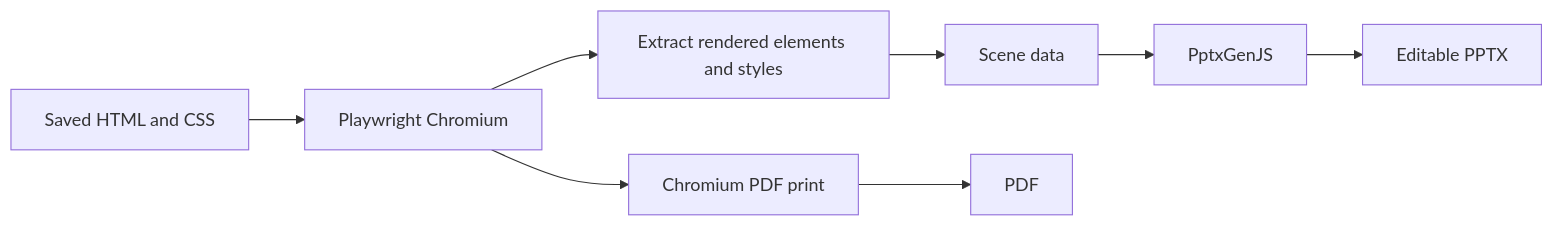
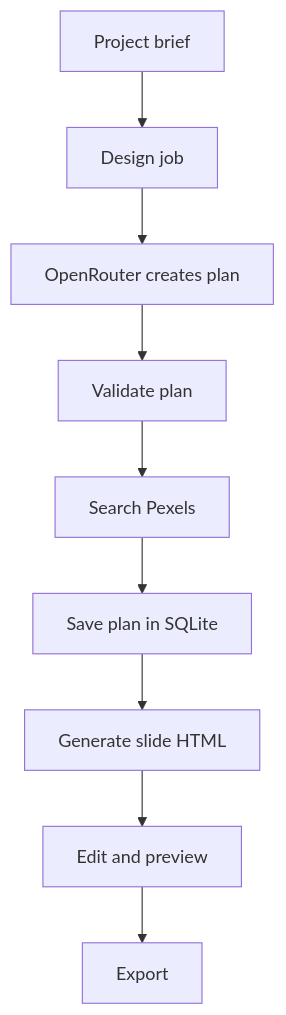
The diagram in docs/setup-and-architecture.md (Dhanush-S-Gowda/loomvra), drawn with Mermaid before and after one commit. The commit also changed other lines of this file and 5 other files, not shown here.

````diff
--- a/docs/setup-and-architecture.md
+++ b/docs/setup-and-architecture.md
@@ -111,10 +54,11 @@
 ```mermaid
-flowchart LR
-    A[Saved HTML and CSS] --> B[Playwright Chromium]
-    B --> C[Extract rendered elements and styles]
-    C --> D[Scene data]
-    D --> E[PptxGenJS]
-    E --> F[Editable PPTX]
-    B --> G[Chromium PDF print]
-    G --> H[PDF]
+flowchart TD
+    A[Project brief] --> B[Design job]
+    B --> C[OpenRouter creates plan]
+    C --> D[Validate plan]
+    D --> E[Search Pexels]
+    E --> F[Save plan in SQLite]
+    F --> G[Generate slide HTML]
+    G --> H[Edit and preview]
+    H --> I[Export]
 ```
````
